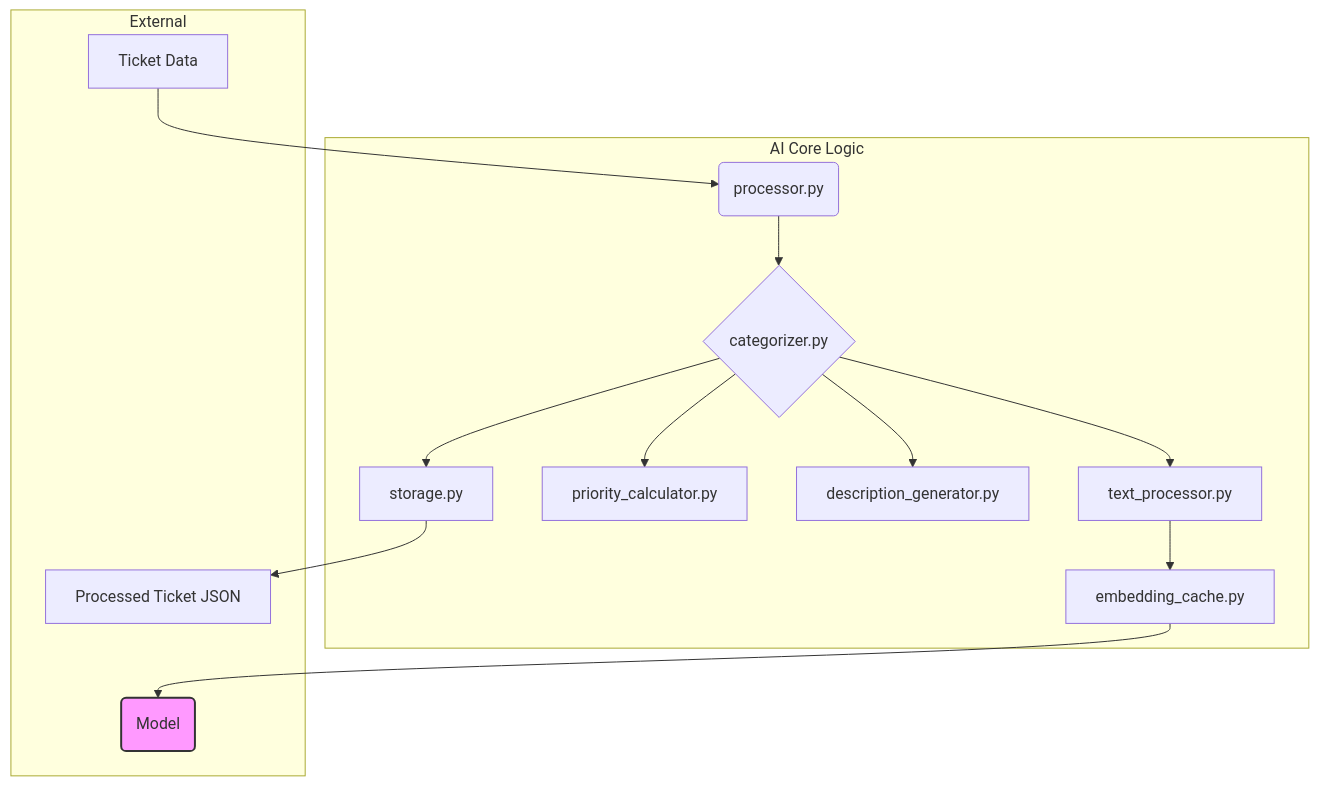
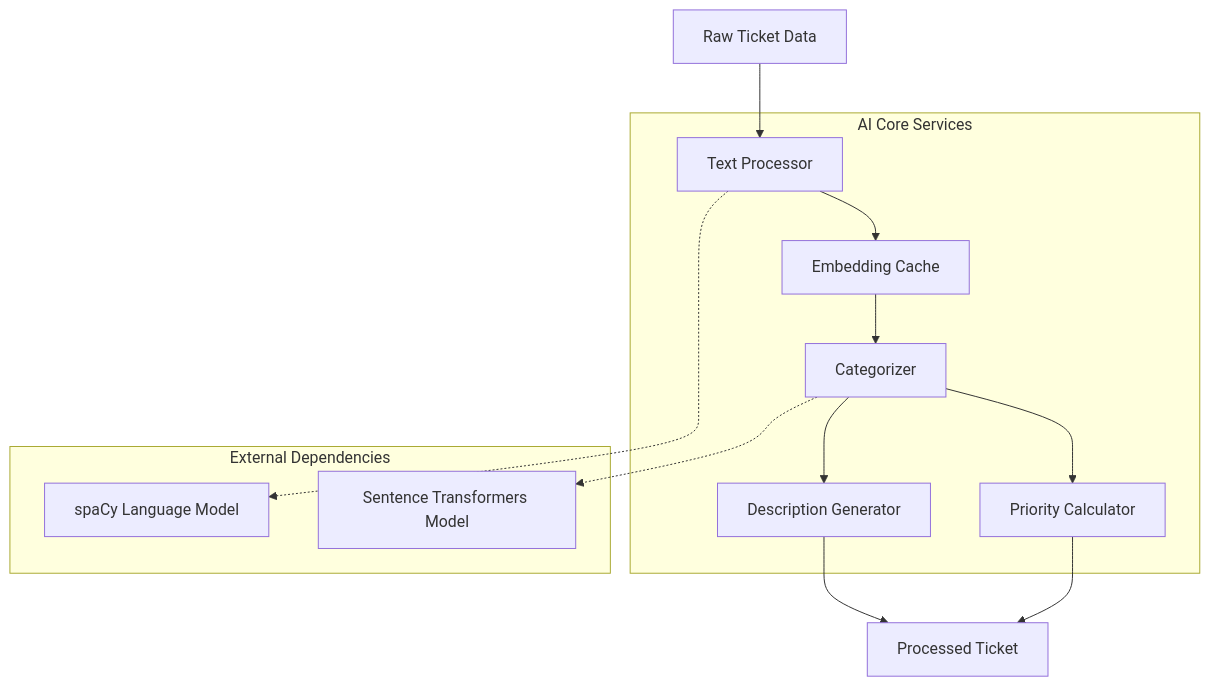
Before and after one commit to Plymouth-University/comp2003-2025-2026-team-3: the diagram in docs/AI_SYSTEM_ARCHITECTURE.md, drawn with Mermaid. The commit also changed other lines of this file and 47 other files, not shown here.

````diff
--- a/docs/AI_SYSTEM_ARCHITECTURE.md
+++ b/docs/AI_SYSTEM_ARCHITECTURE.md
@@ -13,22 +9,26 @@
 ```mermaid
 graph TD
-    A[Ticket Data] --> B(processor.py);
-    B --> C{categorizer.py};
-    C --> D[text_processor.py];
-    D --> E[embedding_cache.py];
-    E --> F(Model);
-    C --> G[priority_calculator.py];
-    C --> H[description_generator.py];
-    C --> I[storage.py];
-    I --> J[Processed Ticket JSON];
+    A[Raw Ticket Data] --> B[Text Processor]
+    B --> C[Embedding Cache]
+    C --> D[Categorizer]
+    D --> E[Priority Calculator]
+    D --> F[Description Generator]
+    E --> G[Processed Ticket]
+    F --> G
 
-    subgraph "AI Core Logic"
-        B; C; D; E; G; H; I;
+    subgraph "AI Core Services"
+        B[Text Processor]
+        C[Embedding Cache]
+        D[Categorizer]
+        E[Priority Calculator]
+        F[Description Generator]
     end
 
-    subgraph "External"
-        A; F; J;
+    subgraph "External Dependencies"
+        H[Sentence Transformers Model]
+        I[spaCy Language Model]
     end
 
-    style F fill:#f9f,stroke:#333,stroke-width:2px
+    D -.-> H
+    B -.-> I
 ```
````
